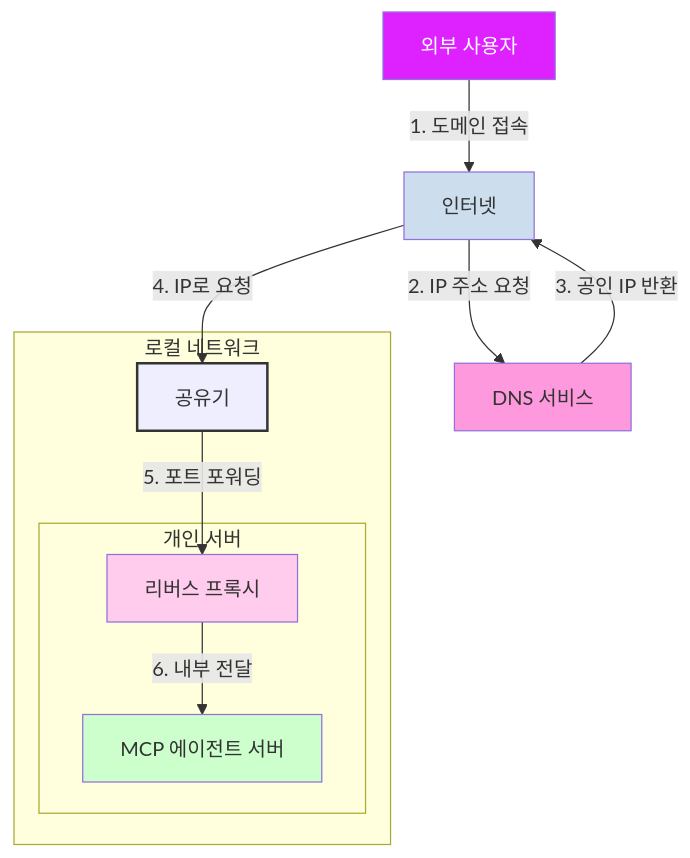
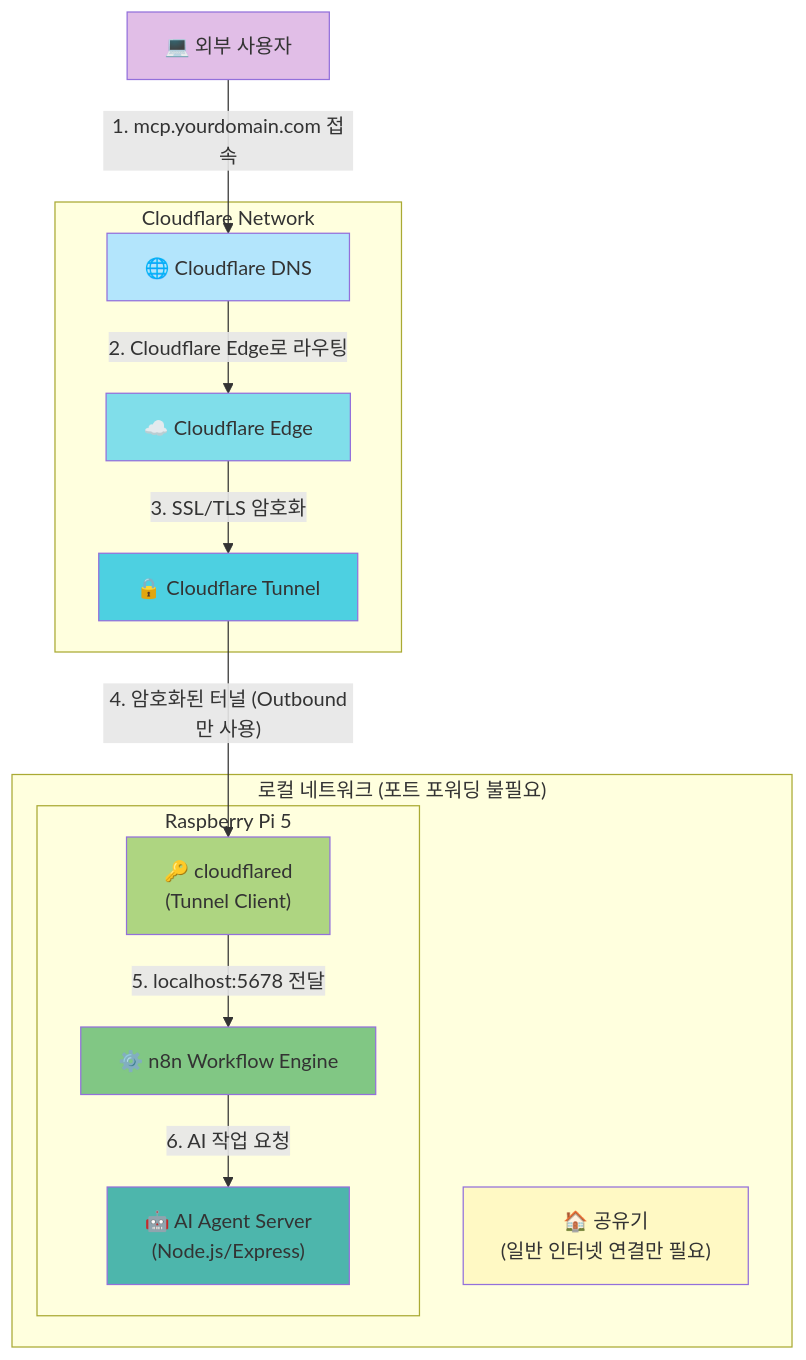
One commit to hnabyz-bot/mcp-agent-server changed the first of 2 diagrams in DEPLOYMENT_GUIDE.md. Above: the diagram before and after it, drawn with Mermaid. The commit also changed other lines of this file and 3 other files, not shown here.

First line of the commit message:
문서 업데이트: n8n + Cloudflare + Raspberry Pi 5 아키텍처로 전면 재설계

````diff
--- a/DEPLOYMENT_GUIDE.md
+++ b/DEPLOYMENT_GUIDE.md
@@ -19,28 +33,35 @@
 ```mermaid
 graph TD
-    UserDevice["외부 사용자"]
-    Internet["인터넷"]
-    Dns["DNS 서비스"]
+    UserDevice["💻 외부 사용자"]
 
-    subgraph "로컬 네트워크"
-        Router["공유기"]
-        subgraph "개인 서버"
-            ReverseProxy["리버스 프록시"]
-            McpServer["MCP 에이전트 서버"]
+    subgraph "Cloudflare Network"
+        CloudflareDNS["🌐 Cloudflare DNS"]
+        CloudflareEdge["☁️ Cloudflare Edge"]
+        CloudflareTunnel["🔒 Cloudflare Tunnel"]
+    end
+
+    subgraph "로컬 네트워크 (포트 포워딩 불필요)"
+        Router["🏠 공유기<br/>(일반 인터넷 연결만 필요)"]
+        subgraph "Raspberry Pi 5"
+            Cloudflared["🔑 cloudflared<br/>(Tunnel Client)"]
+            N8N["⚙️ n8n Workflow Engine"]
+            AgentServer["🤖 AI Agent Server<br/>(Node.js/Express)"]
         end
     end
 
-    UserDevice -- "1. 도메인 접속" --> Internet
-    Internet -- "2. IP 주소 요청" --> Dns
-    Dns -- "3. 공인 IP 반환" --> Internet
-    Internet -- "4. IP로 요청" --> Router
-    Router -- "5. 포트 포워딩" --> ReverseProxy
-    ReverseProxy -- "6. 내부 전달" --> McpServer
+    UserDevice -- "1. mcp.yourdomain.com 접속" --> CloudflareDNS
+    CloudflareDNS -- "2. Cloudflare Edge로 라우팅" --> CloudflareEdge
+    CloudflareEdge -- "3. SSL/TLS 암호화" --> CloudflareTunnel
+    CloudflareTunnel -- "4. 암호화된 터널 (Outbound만 사용)" --> Cloudflared
+    Cloudflared -- "5. localhost:5678 전달" --> N8N
+    N8N -- "6. AI 작업 요청" --> AgentServer
 
-    style UserDevice fill:#d2f,color:white
-    style Internet fill:#cde
-    style Dns fill:#f9d
-    style Router fill:#eef,stroke:#333,stroke-width:2px
-    style ReverseProxy fill:#fce
-    style McpServer fill:#cfc
+    style UserDevice fill:#e1bee7
+    style CloudflareDNS fill:#b3e5fc
+    style CloudflareEdge fill:#80deea
+    style CloudflareTunnel fill:#4dd0e1
+    style Router fill:#fff9c4
+    style Cloudflared fill:#aed581
+    style N8N fill:#81c784
+    style AgentServer fill:#4db6ac
 ```
````
